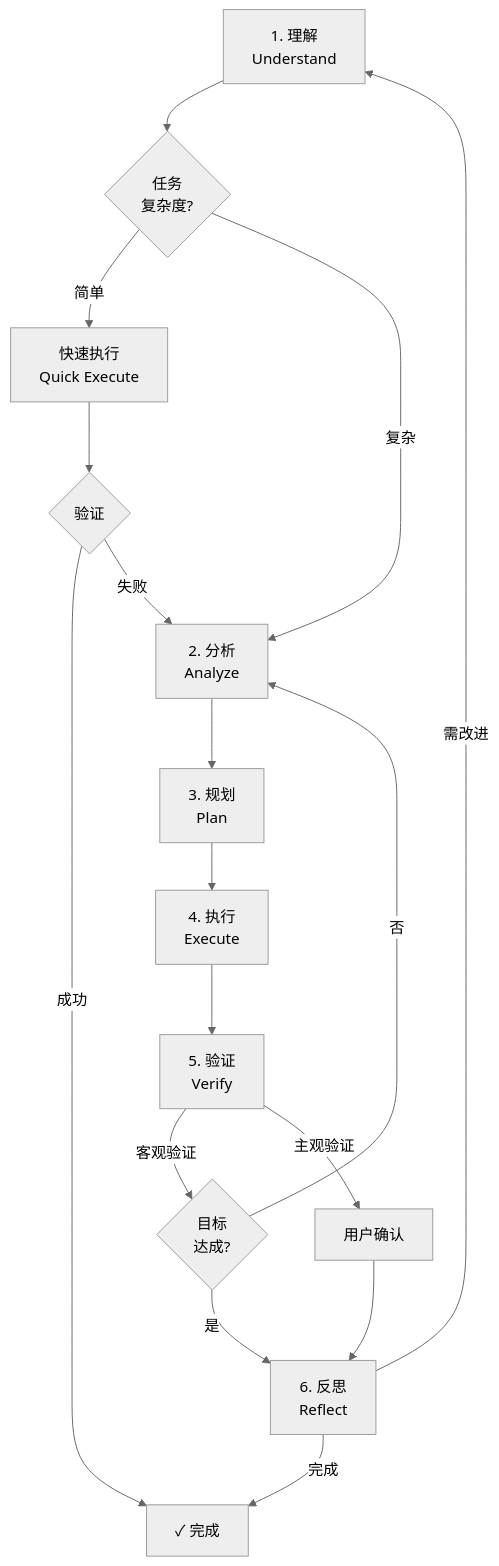
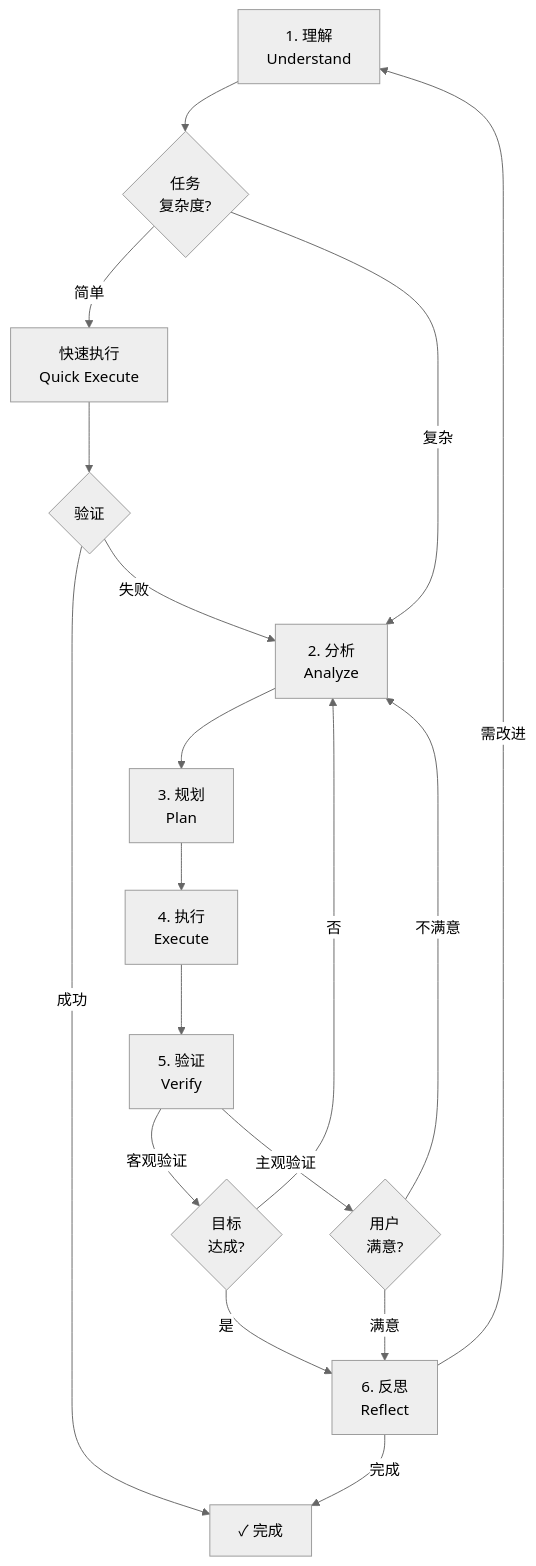
Before and after one commit to hailingu/llm-prompts: the first of 3 diagrams in .github/agents/cortana.agent.md, drawn with Mermaid (neutral theme). The commit also changed other lines of this file and 81 other files, not shown here.

````diff
--- a/.github/agents/cortana.agent.md
+++ b/.github/agents/cortana.agent.md
@@ -50,25 +48,26 @@
 ```mermaid
 flowchart TD
   U[1. 理解<br/>Understand] --> Decision{任务<br/>复杂度?}
   
   Decision -->|简单| DirectExec[快速执行<br/>Quick Execute]
   Decision -->|复杂| A[2. 分析<br/>Analyze]
   
   DirectExec --> QuickVerify{验证}
   QuickVerify -->|成功| Done[✓ 完成]
   QuickVerify -->|失败| A
   
   A --> P[3. 规划<br/>Plan]
   P --> E[4. 执行<br/>Execute]
   E --> V[5. 验证<br/>Verify]
   
   V -->|客观验证| VObj{目标<br/>达成?}
-  V -->|主观验证| VSubj[用户确认]
+  V -->|主观验证| VSubj{用户<br/>满意?}
   
   VObj -->|是| R[6. 反思<br/>Reflect]
   VObj -->|否| A
-  VSubj --> R
+  VSubj -->|满意| R
+  VSubj -->|不满意| A
   
   R -->|需改进| U
   R -->|完成| Done
 ```
````
